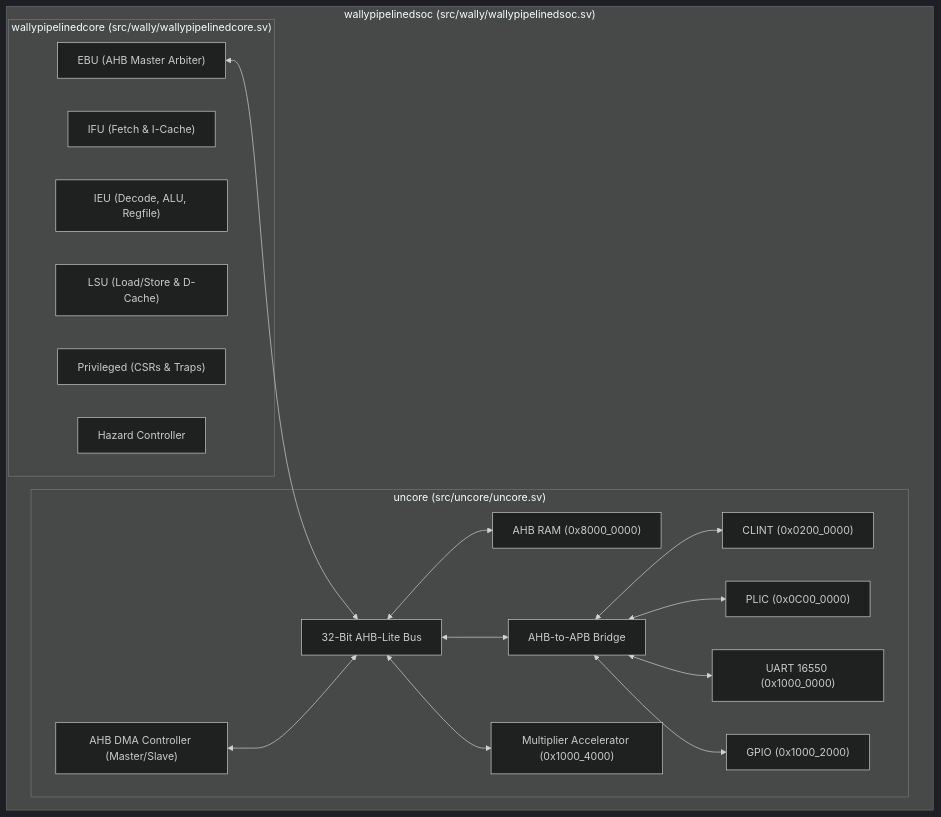
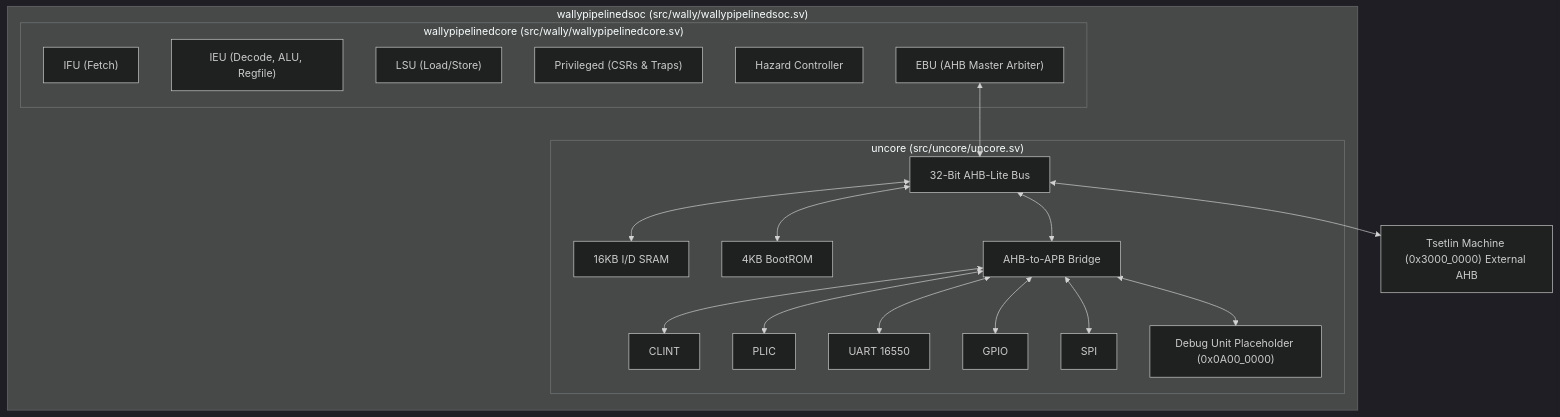
Before and after one commit to BommisettyGanesh/cvw: the first of 2 diagrams in 1tops_soc/README.md, drawn with Mermaid (dark theme). The commit also changed other lines of this file and 1293 other files, not shown here.

````diff
--- a/1tops_soc/README.md
+++ b/1tops_soc/README.md
@@ -81,35 +61,38 @@
 ```mermaid
 graph TD
     subgraph SoC["wallypipelinedsoc (src/wally/wallypipelinedsoc.sv)"]
         subgraph CPU["wallypipelinedcore (src/wally/wallypipelinedcore.sv)"]
-            IFU["IFU (Fetch & I-Cache)"]
+            IFU["IFU (Fetch)"]
             IEU["IEU (Decode, ALU, Regfile)"]
-            LSU["LSU (Load/Store & D-Cache)"]
+            LSU["LSU (Load/Store)"]
             PRIV["Privileged (CSRs & Traps)"]
             HAZ["Hazard Controller"]
             EBU["EBU (AHB Master Arbiter)"]
         end
 
         subgraph Uncore["uncore (src/uncore/uncore.sv)"]
             AHB_BUS["32-Bit AHB-Lite Bus"]
-            RAM["AHB RAM (0x8000_0000)"]
+            RAM["16KB I/D SRAM"]
+            ROM["4KB BootROM"]
             BRIDGE["AHB-to-APB Bridge"]
-            CLINT["CLINT (0x0200_0000)"]
-            PLIC["PLIC (0x0C00_0000)"]
-            UART["UART 16550 (0x1000_0000)"]
-            GPIO["GPIO (0x1000_2000)"]
-            ACCEL["Multiplier Accelerator (0x1000_4000)"]
-            DMA["AHB DMA Controller (Master/Slave)"]
+            CLINT["CLINT"]
+            PLIC["PLIC"]
+            UART["UART 16550"]
+            GPIO["GPIO"]
+            SPI["SPI"]
+            DEBUG["Debug Unit Placeholder (0x0A00_0000)"]
         end
     end
 
     EBU <--> AHB_BUS
-    DMA <--> AHB_BUS
     AHB_BUS <--> RAM
+    AHB_BUS <--> ROM
     AHB_BUS <--> BRIDGE
     BRIDGE <--> CLINT
     BRIDGE <--> PLIC
     BRIDGE <--> UART
     BRIDGE <--> GPIO
-    AHB_BUS <--> ACCEL
+    BRIDGE <--> SPI
+    BRIDGE <--> DEBUG
+    AHB_BUS <--> TSETLIN["Tsetlin Machine (0x3000_0000) External AHB"]
 ```
````
